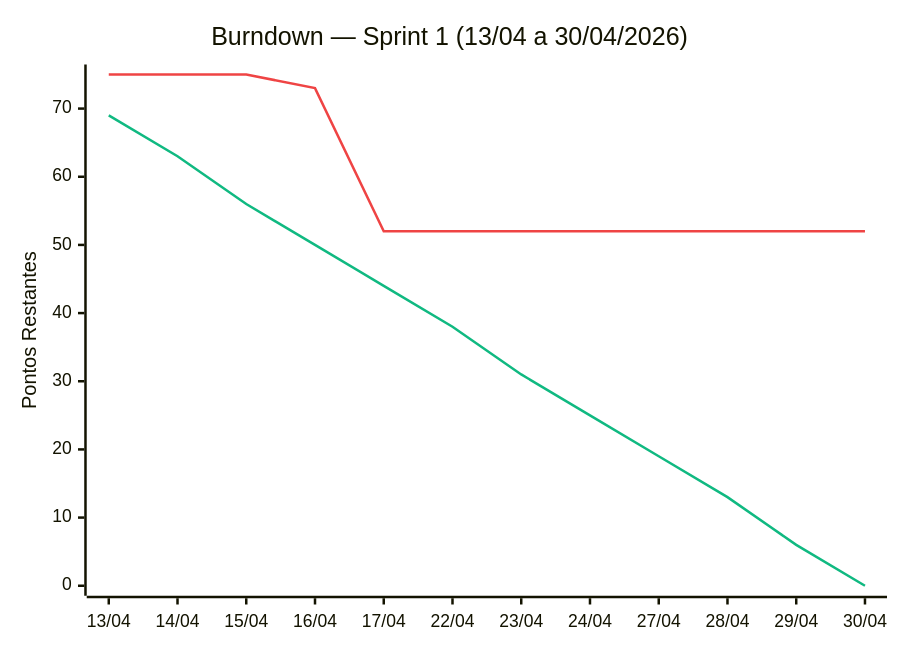
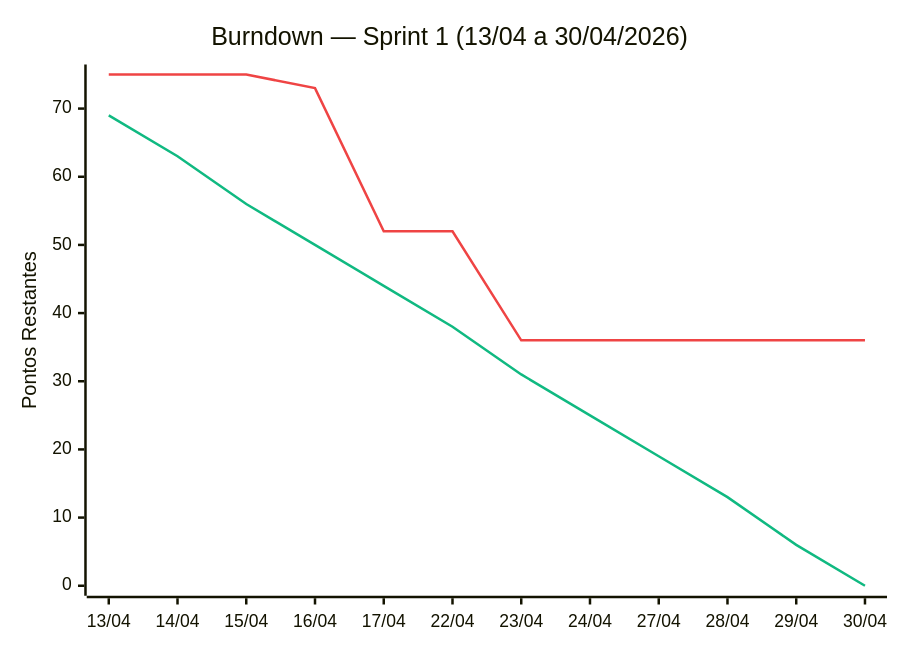
The diagram in docs/scrum/sprint-1/sprint-1.md (DEVassos/scrum-flow-abp), drawn with Mermaid before and after one commit. The commit also changed other lines of this file and 1 other file, not shown here.

````diff
--- a/docs/scrum/sprint-1/sprint-1.md
+++ b/docs/scrum/sprint-1/sprint-1.md
@@ -68,10 +68,10 @@
 ```mermaid
 xychart-beta
     title "Burndown — Sprint 1 (13/04 a 30/04/2026)"
     x-axis ["13/04", "14/04", "15/04", "16/04", "17/04", "22/04", "23/04", "24/04", "27/04", "28/04", "29/04", "30/04"]
     y-axis "Pontos Restantes" 0 --> 75
     line [69, 63, 56, 50, 44, 38, 31, 25, 19, 13, 6, 0]
-    line [75, 75, 75, 73, 52, 52, 52, 52, 52, 52, 52, 52]
+    line [75, 75, 75, 73, 52, 52, 36, 36, 36, 36, 36, 36]
     
     %%{init: {'themeVariables': {'xyChart': {'plotColorPalette': '#10b981, #ef4444'}}, 'legend': {'visible': true}}}%%
 ```
````
